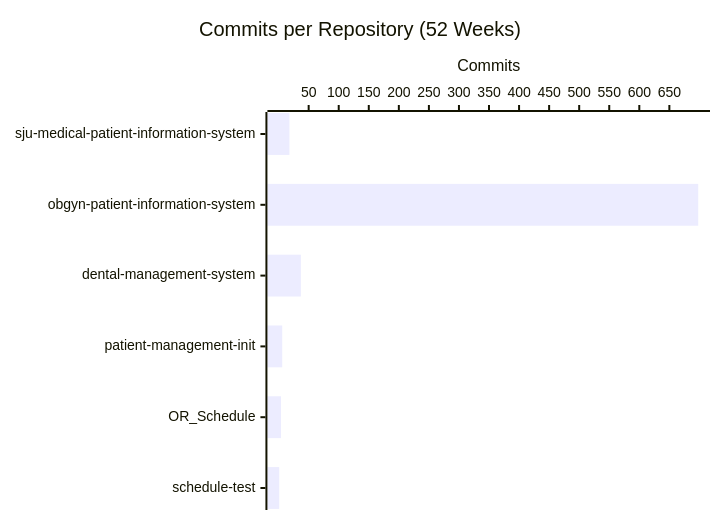
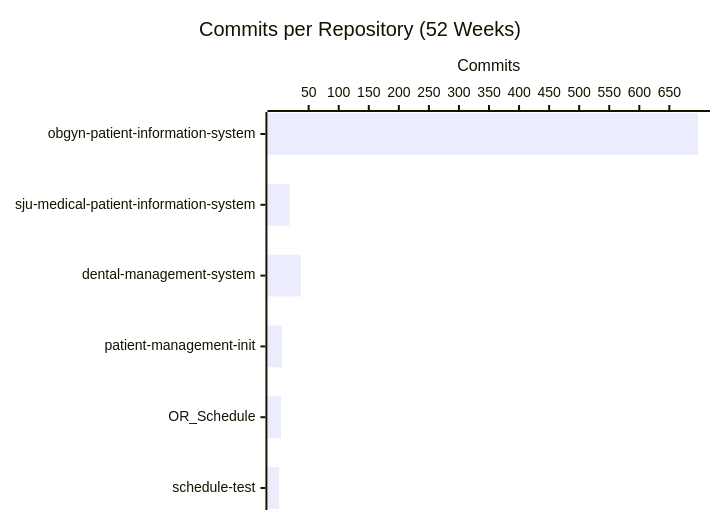
Before and after one commit to CSTH-Projects/.github: the second of 4 diagrams in profile/README.md, drawn with Mermaid. The commit also changed other lines of this file, not shown here.

````diff
--- a/profile/README.md
+++ b/profile/README.md
@@ -24,7 +24,7 @@
 ```mermaid
 xychart-beta horizontal
     title "Commits per Repository (52 Weeks)"
-    x-axis ["sju-medical-patient-information-system", "obgyn-patient-information-system", "dental-management-system", "patient-management-init", "OR_Schedule", "schedule-test"]
+    x-axis ["obgyn-patient-information-system", "sju-medical-patient-information-system", "dental-management-system", "patient-management-init", "OR_Schedule", "schedule-test"]
     y-axis "Commits"
-    bar [18, 698, 37, 6, 4, 1]
+    bar [698, 18, 37, 6, 4, 1]
 ```
````
